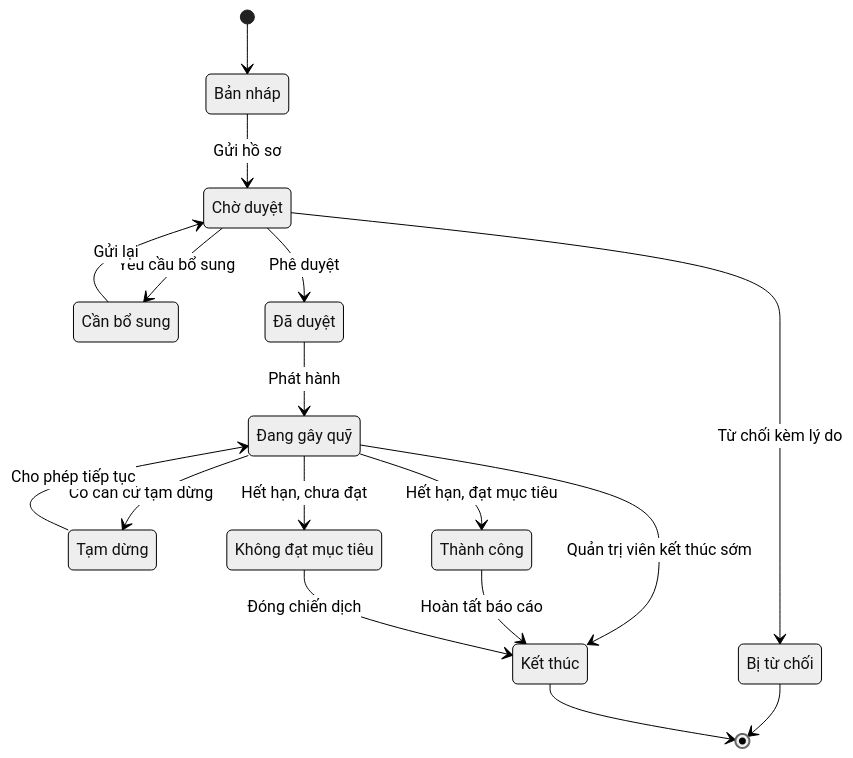
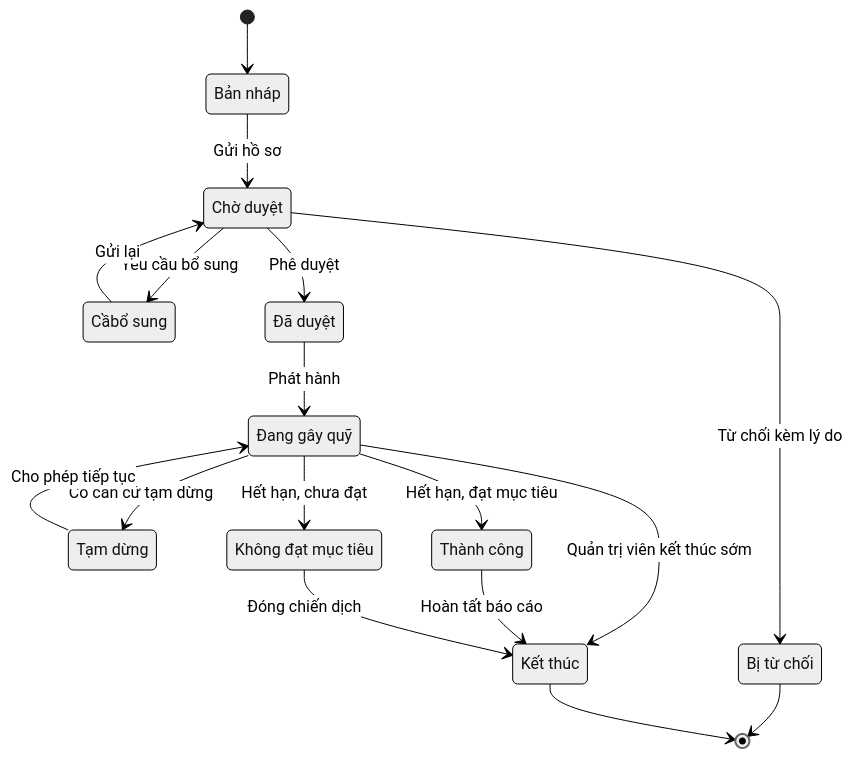
Before and after one commit to nhanhuutran007/DATN_2627_Website: the first of 3 diagrams in README.md, drawn with Mermaid (neutral theme). The commit also changed other lines of this file and 5 other files, not shown here.

````diff
--- a/README.md
+++ b/README.md
@@ -144,29 +146,29 @@
 ```mermaid
 stateDiagram-v2
     [*] --> BanNhap
     BanNhap: Bản nháp
     BanNhap --> ChoDuyet: Gửi hồ sơ
     ChoDuyet: Chờ duyệt
     ChoDuyet --> CanBoSung: Yêu cầu bổ sung
-    CanBoSung: Cần bổ sung
+    CanBoSung: Cầbổ sung
     CanBoSung --> ChoDuyet: Gửi lại
     ChoDuyet --> DaDuyet: Phê duyệt
     ChoDuyet --> TuChoi: Từ chối kèm lý do
     TuChoi: Bị từ chối
     DaDuyet: Đã duyệt
     DaDuyet --> DangGayQuy: Phát hành
     DangGayQuy: Đang gây quỹ
     DangGayQuy --> TamDung: Có căn cứ tạm dừng
     TamDung: Tạm dừng
     TamDung --> DangGayQuy: Cho phép tiếp tục
     DangGayQuy --> ThanhCong: Hết hạn, đạt mục tiêu
     DangGayQuy --> KhongDat: Hết hạn, chưa đạt
     DangGayQuy --> KetThuc: Quản trị viên kết thúc sớm
     ThanhCong: Thành công
     KhongDat: Không đạt mục tiêu
     ThanhCong --> KetThuc: Hoàn tất báo cáo
     KhongDat --> KetThuc: Đóng chiến dịch
     KetThuc: Kết thúc
     TuChoi --> [*]
     KetThuc --> [*]
 ```
````
